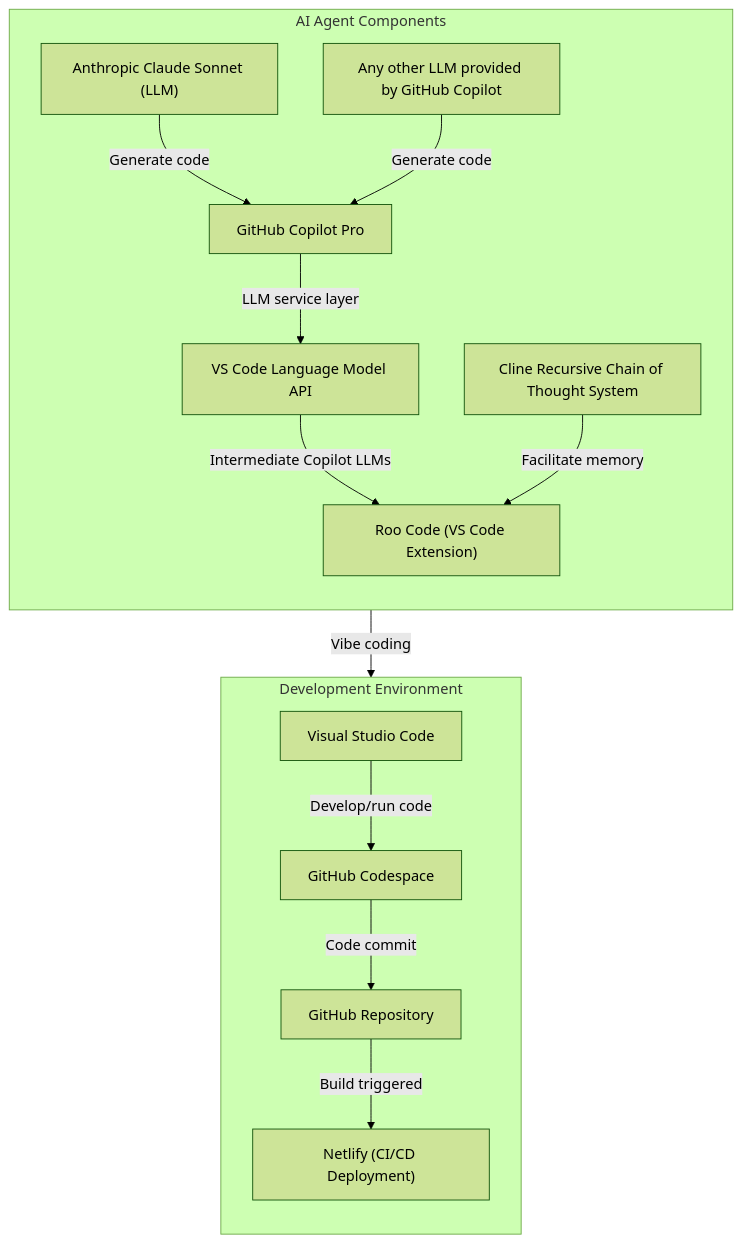
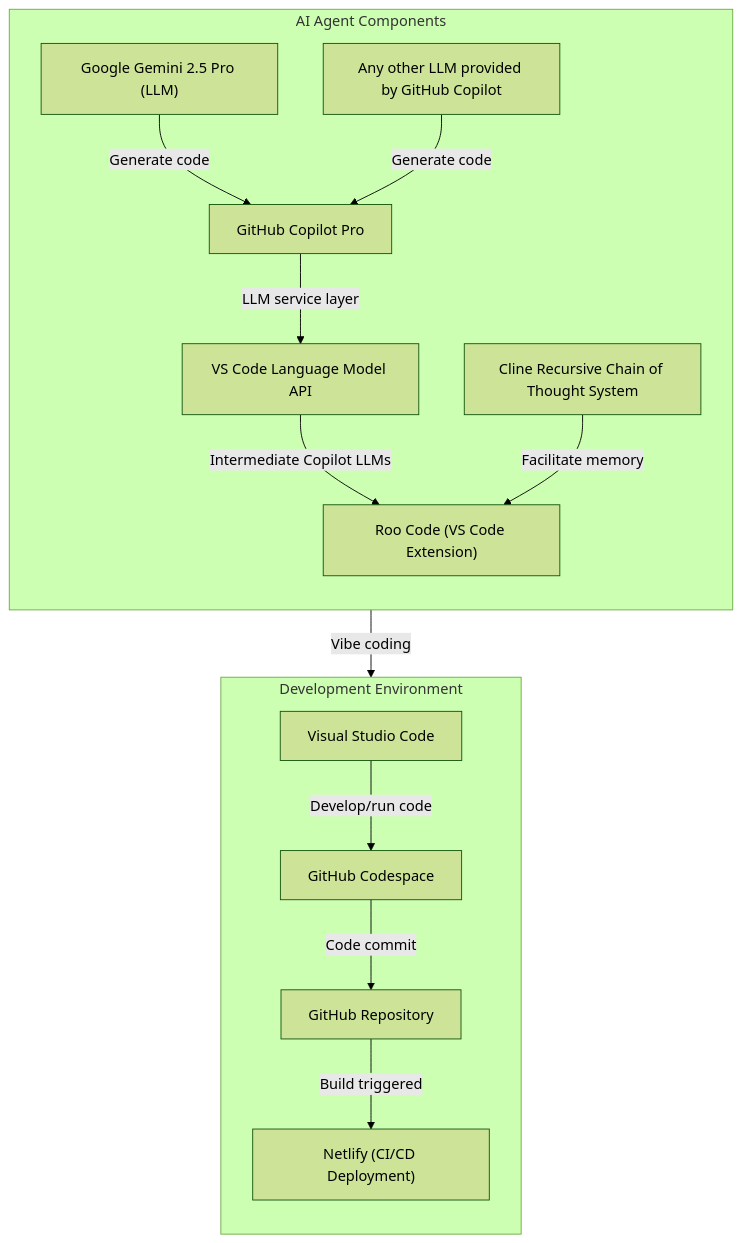
The diagram in README.md (RickRinewalt/pipeline), drawn with Mermaid (forest theme) before and after one commit. The commit also changed other lines of this file, not shown here.

Commit message:
Changed LLM to Google Gemini 2.5 Pro

````diff
--- a/README.md
+++ b/README.md
@@ -16,32 +16,32 @@
 ```mermaid
 graph TB
     subgraph AI [AI Agent Components]
         direction TB
         roo["Roo Code (VS Code Extension)"]
         crct["Cline Recursive Chain of Thought System"]
         vscode_lmapi[VS Code Language Model API]
         github_copilot[GitHub Copilot Pro]
-        sonnet["Anthropic Claude Sonnet (LLM)"]
+        llm["Google Gemini 2.5 Pro (LLM)"]
         other_model["Any other LLM provided by GitHub Copilot"]
     end
 
     subgraph DEV [Development Environment]
         direction TB
         vscode[Visual Studio Code]
         codespace[GitHub Codespace]
         github["GitHub Repository"]
         netlify["Netlify (CI/CD Deployment)"]
     end
 
-    sonnet --> |Generate code| github_copilot
+    llm --> |Generate code| github_copilot
     other_model --> |Generate code| github_copilot
     github_copilot --> |LLM service layer| vscode_lmapi
     vscode_lmapi --> |Intermediate Copilot LLMs| roo
     crct --> |Facilitate memory| roo
     roo --> |Vibe coding| codespace
 
     vscode --> |Develop/run code| codespace
     codespace --> |Code commit| github
     github --> |Build triggered| netlify
 
 ```
````
